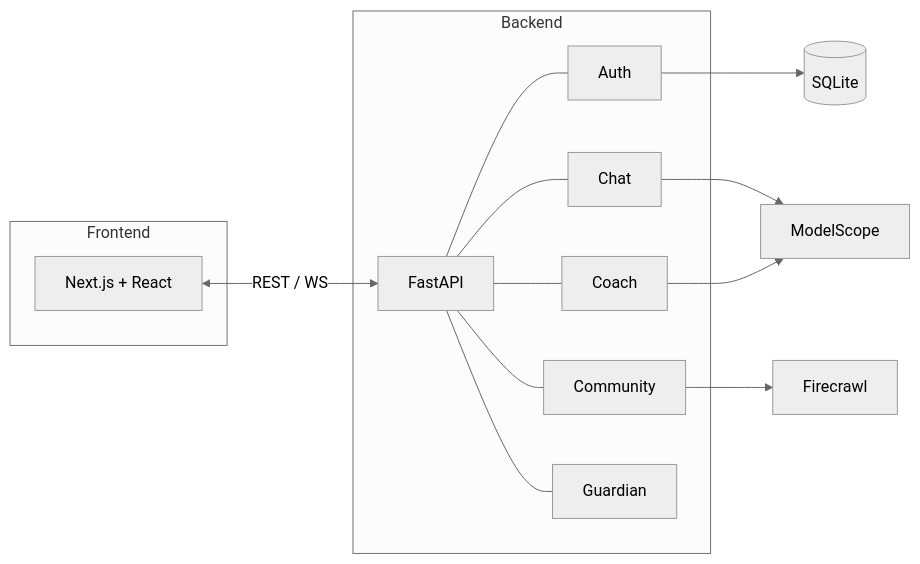
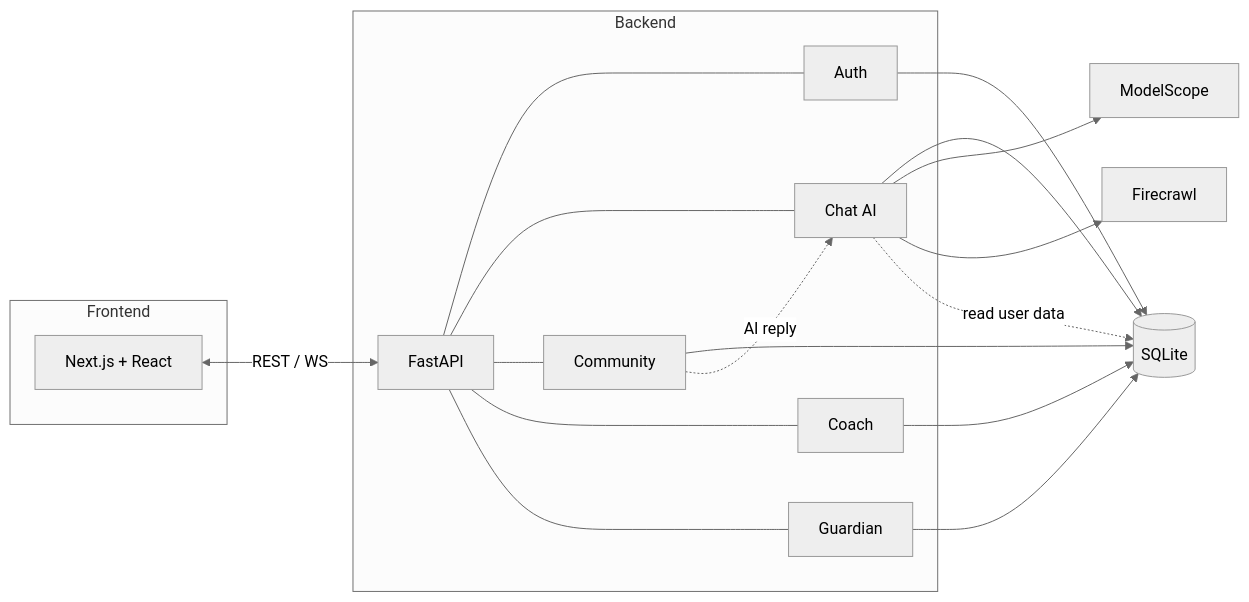
The second of 2 diagrams in docs/architecture.md (koishi510/MomShell), drawn with Mermaid (neutral theme) before and after one commit.

````diff
--- a/docs/architecture.md
+++ b/docs/architecture.md
@@ -149,23 +149,29 @@
 ```mermaid
 flowchart LR
     subgraph FE[Frontend]
         UI[Next.js + React]
     end
 
     subgraph BE[Backend]
         API[FastAPI]
         Auth[Auth]
-        Chat[Chat]
+        Chat[Chat AI]
         Community[Community]
         Coach[Coach]
         Guardian[Guardian]
     end
 
     UI <-->|REST / WS| API
     API --- Auth & Chat & Community & Coach & Guardian
 
-    Auth --> DB[(SQLite)]
+    %% All modules store user data
+    Auth & Chat & Community & Coach & Guardian --> DB[(SQLite)]
+
+    %% Chat AI connections
     Chat --> LLM[ModelScope]
-    Coach --> LLM
-    Community --> Search[Firecrawl]
+    Chat --> Search[Firecrawl]
+    Chat -.->|read user data| DB
+
+    %% Community uses Chat AI
+    Community -.->|AI reply| Chat
 ```
````
